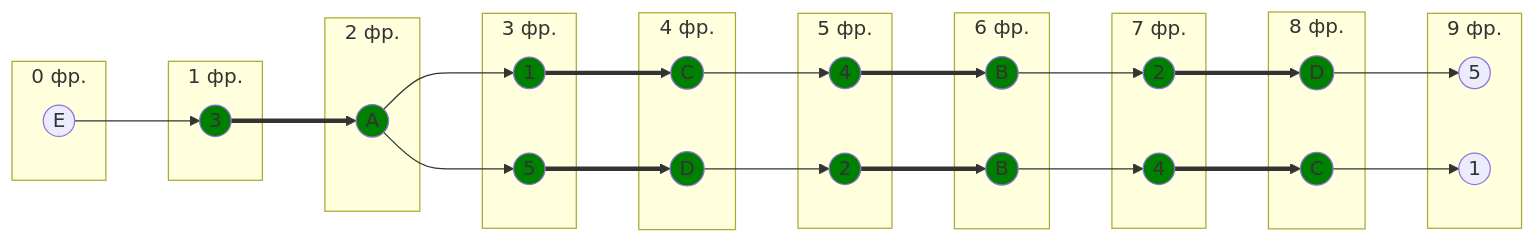
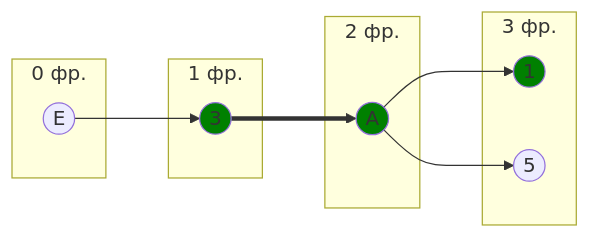
Before and after one commit to algos-ris-24-3/manual-tasks: the fifth of 11 diagrams in Задание 8/Nyashki.md, drawn with Mermaid. The commit also changed other lines of this file, not shown here.

````diff
--- a/Задание 8/Nyashki.md
+++ b/Задание 8/Nyashki.md
@@ -203,60 +210,25 @@
 ```mermaid
 graph LR
     subgraph " 0 фр."
         E((E))
     end
     subgraph " 1 фр."
         3((3))
     end
     subgraph " 2 фр."
         A((A))
     end
     subgraph " 3 фр."
         1.1((1))
         5.1((5))
     end
-    subgraph " 4 фр."
-        C.1((C))
-        D.1((D))
-    end
-    subgraph " 5 фр."
-        4.1((4))
-        2.1((2))
-    end
-    subgraph " 6 фр."
-        B.1((B))
-        B.2((B))
-    end
-    subgraph " 7 фр."
-        2.2((2))
-        4.2((4))
-    end
-    subgraph " 8 фр."
-        D.2((D))
-        C.2((C))
-    end
-    subgraph " 9 фр."
-        5.2((5))
-        1.2((1))
-    end
     
     E --> 3 ==> A
-    A --> 1.1 ==> C.1 --> 4.1 ==> B.1 --> 2.2 ==> D.2 --> 5.2
-    A --> 5.1 ==> D.1 --> 2.1 ==> B.2 --> 4.2 ==> C.2 --> 1.2
+    A --> 1.1 
+    A --> 5.1
 
     style 3 fill:#008000
     style A fill:#008000
     style 1.1 fill:#008000
-    style 5.1 fill:#008000
-    style C.1 fill:#008000
-    style D.1 fill:#008000
-    style 4.1 fill:#008000
-    style 2.1 fill:#008000
-    style B.1 fill:#008000
-    style B.2 fill:#008000
-    style 2.2 fill:#008000
-    style 4.2 fill:#008000
-    style D.2 fill:#008000
-    style C.2 fill:#008000
 
 ```
````
